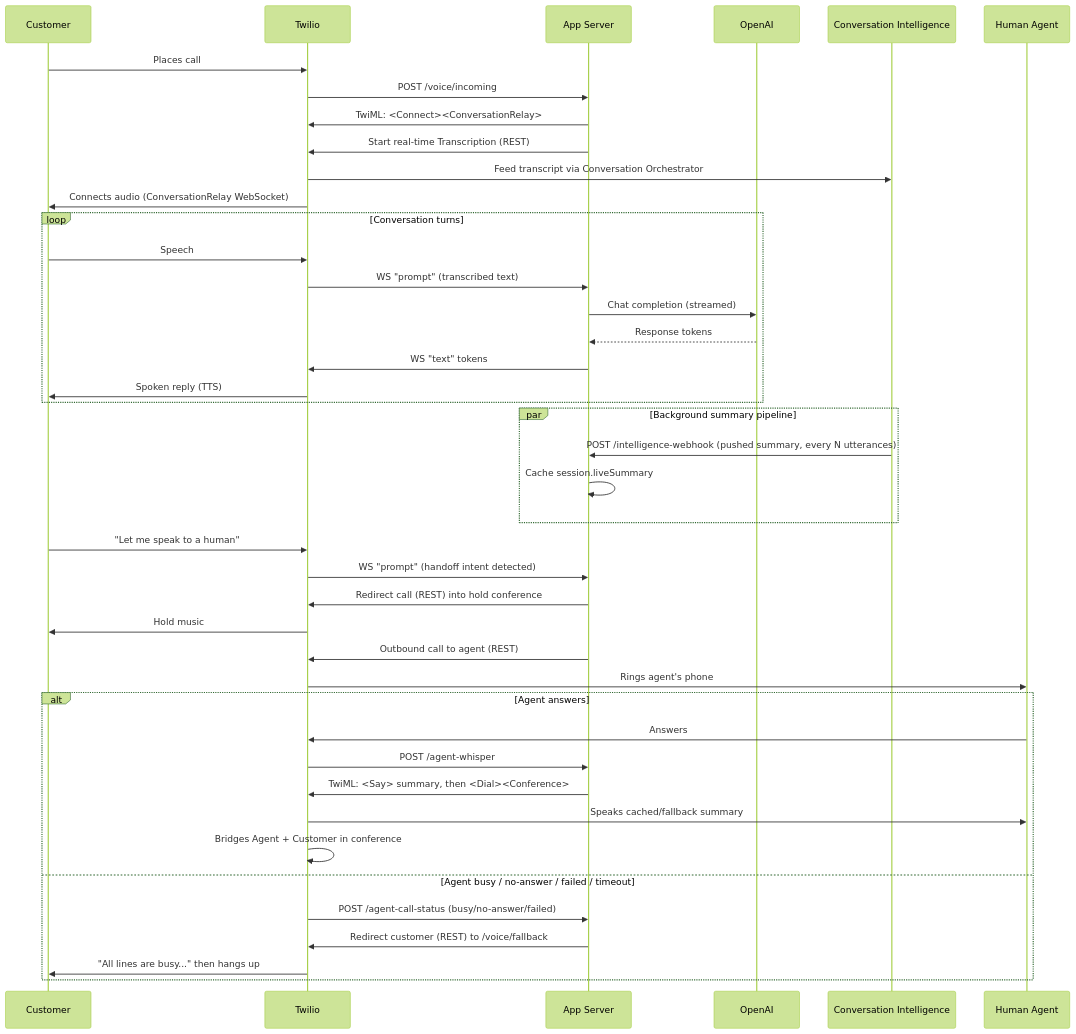
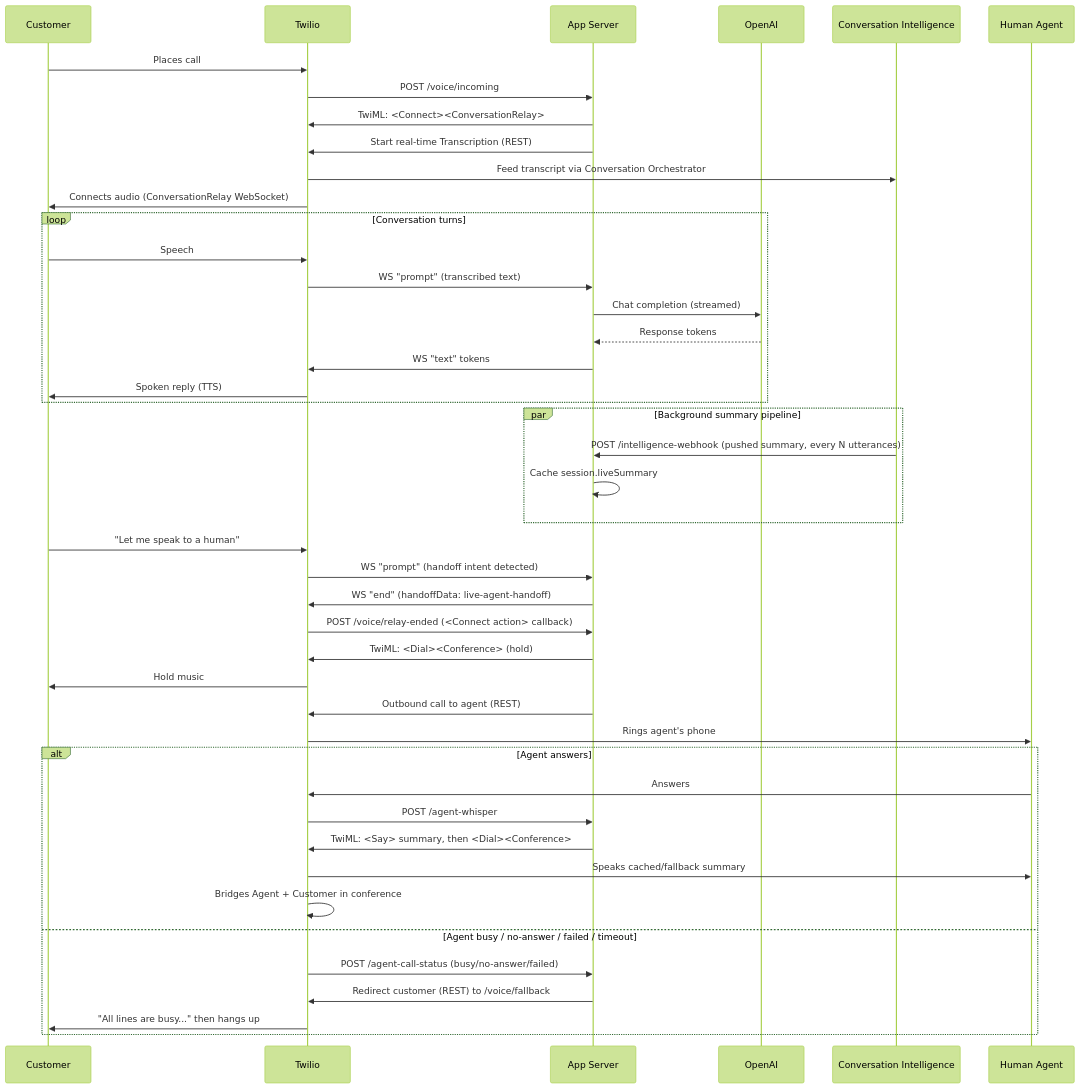
The diagram in README.md (aricday/owl-shoes-cr-poc), drawn with Mermaid (forest theme) before and after one commit. The commit also changed other lines of this file, not shown here.

````diff
--- a/README.md
+++ b/README.md
@@ -19,49 +19,51 @@
 ```mermaid
 sequenceDiagram
     participant Customer
     participant Twilio
     participant App as App Server
     participant OpenAI
     participant CI as Conversation Intelligence
     participant Agent as Human Agent
 
     Customer->>Twilio: Places call
     Twilio->>App: POST /voice/incoming
     App->>Twilio: TwiML: <Connect><ConversationRelay>
     App->>Twilio: Start real-time Transcription (REST)
     Twilio->>CI: Feed transcript via Conversation Orchestrator
     Twilio->>Customer: Connects audio (ConversationRelay WebSocket)
 
     loop Conversation turns
         Customer->>Twilio: Speech
         Twilio->>App: WS "prompt" (transcribed text)
         App->>OpenAI: Chat completion (streamed)
         OpenAI-->>App: Response tokens
         App->>Twilio: WS "text" tokens
         Twilio->>Customer: Spoken reply (TTS)
     end
 
     par Background summary pipeline
         CI->>App: POST /intelligence-webhook (pushed summary, every N utterances)
         App->>App: Cache session.liveSummary
     end
 
     Customer->>Twilio: "Let me speak to a human"
     Twilio->>App: WS "prompt" (handoff intent detected)
-    App->>Twilio: Redirect call (REST) into hold conference
+    App->>Twilio: WS "end" (handoffData: live-agent-handoff)
+    Twilio->>App: POST /voice/relay-ended (<Connect action> callback)
+    App->>Twilio: TwiML: <Dial><Conference> (hold)
     Twilio->>Customer: Hold music
     App->>Twilio: Outbound call to agent (REST)
     Twilio->>Agent: Rings agent's phone
 
     alt Agent answers
         Agent->>Twilio: Answers
         Twilio->>App: POST /agent-whisper
         App->>Twilio: TwiML: <Say> summary, then <Dial><Conference>
         Twilio->>Agent: Speaks cached/fallback summary
         Twilio->>Twilio: Bridges Agent + Customer in conference
     else Agent busy / no-answer / failed / timeout
         Twilio->>App: POST /agent-call-status (busy/no-answer/failed)
         App->>Twilio: Redirect customer (REST) to /voice/fallback
         Twilio->>Customer: "All lines are busy..." then hangs up
     end
 ```
````
